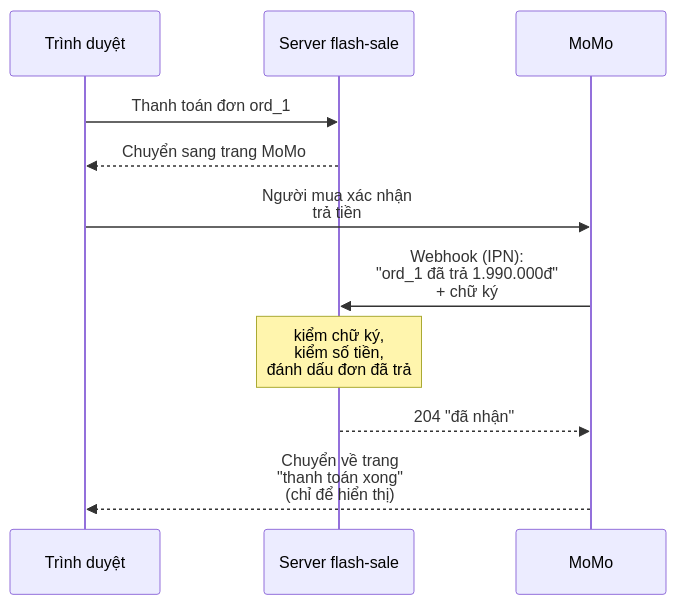
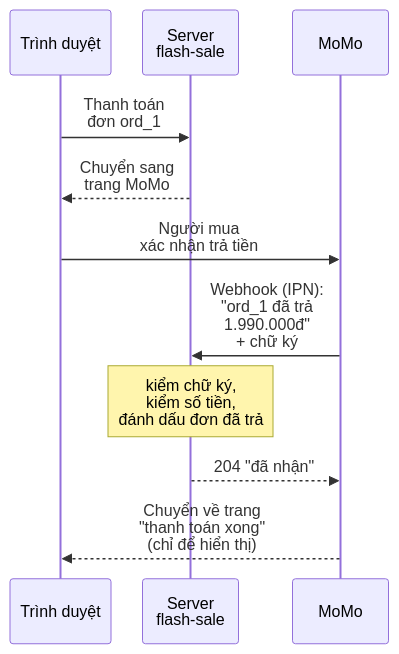
One commit to duongbui234/software-engineering-atlas changed the second of 2 diagrams in content/posts/2026-11-18-api-styles.md. Above: the diagram before and after it, drawn with Mermaid. The commit also changed other lines of this file and 134 other files, not shown here.

First line of the commit message:
Fit every Mermaid diagram at 390px without sideways scroll (#56)

````diff
--- a/content/posts/2026-11-18-api-styles.md
+++ b/content/posts/2026-11-18-api-styles.md
@@ -195,13 +192,14 @@
 ```mermaid
+%%{init: {"sequence": {"diagramMarginX": 8, "width": 96, "actorMargin": 16}}}%%
 sequenceDiagram
     participant B as Trình duyệt
-    participant S as Server flash-sale
+    participant S as Server<br/>flash-sale
     participant M as MoMo
-    B->>S: Thanh toán đơn ord_1
-    S-->>B: Chuyển sang trang MoMo
-    B->>M: Người mua xác nhận<br/>trả tiền
-    M->>S: Webhook (IPN):<br/>"ord_1 đã trả 1.990.000đ"<br/>+ chữ ký
+    B->>S: Thanh toán<br/>đơn ord_1
+    S-->>B: Chuyển sang<br/>trang MoMo
+    B->>M: Người mua<br/>xác nhận trả tiền
+    M->>S: Webhook (IPN):<br/>"ord_1 đã trả<br/>1.990.000đ"<br/>+ chữ ký
     Note over S: kiểm chữ ký,<br/>kiểm số tiền,<br/>đánh dấu đơn đã trả
     S-->>M: 204 "đã nhận"
     M-->>B: Chuyển về trang<br/>"thanh toán xong"<br/>(chỉ để hiển thị)
 ```
````
